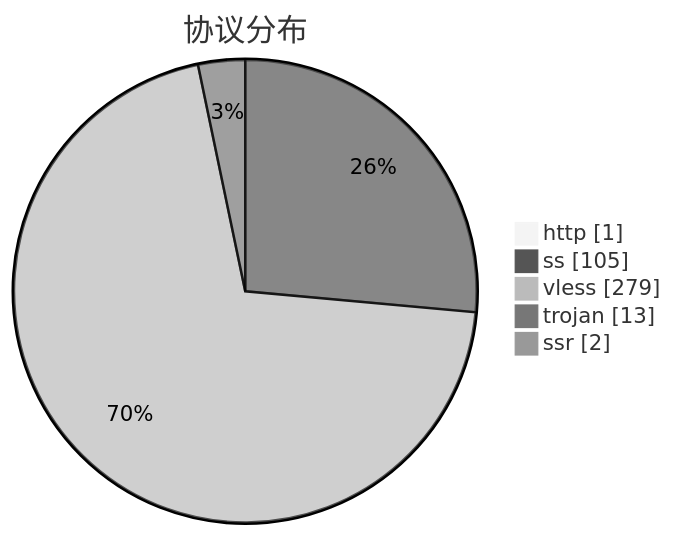
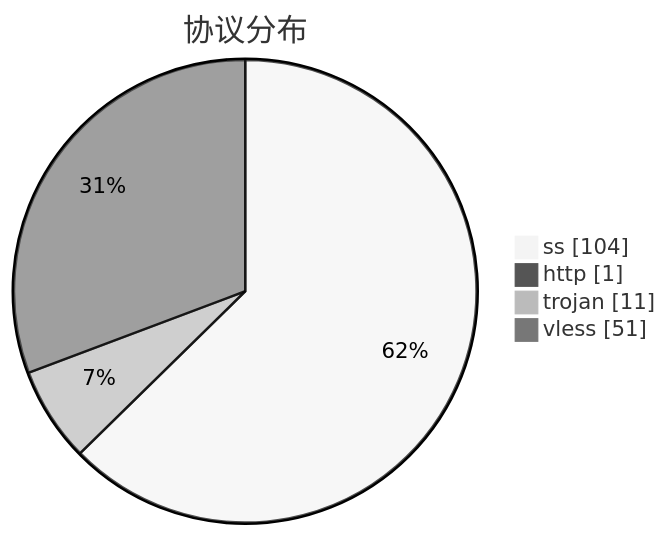
The third of 3 diagrams in subs/statistics/tested_within.md (qjlxg/airport), drawn with Mermaid (neutral theme) before and after one commit. The commit also changed other lines of this file and 2 other files, not shown here.

````diff
--- a/subs/statistics/tested_within.md
+++ b/subs/statistics/tested_within.md
@@ -22,9 +17,8 @@
 ```mermaid
 pie showData
 title 协议分布
+"ss" : 104
 "http" : 1
-"ss" : 105
-"vless" : 279
-"trojan" : 13
-"ssr" : 2
+"trojan" : 11
+"vless" : 51
 ```
````
